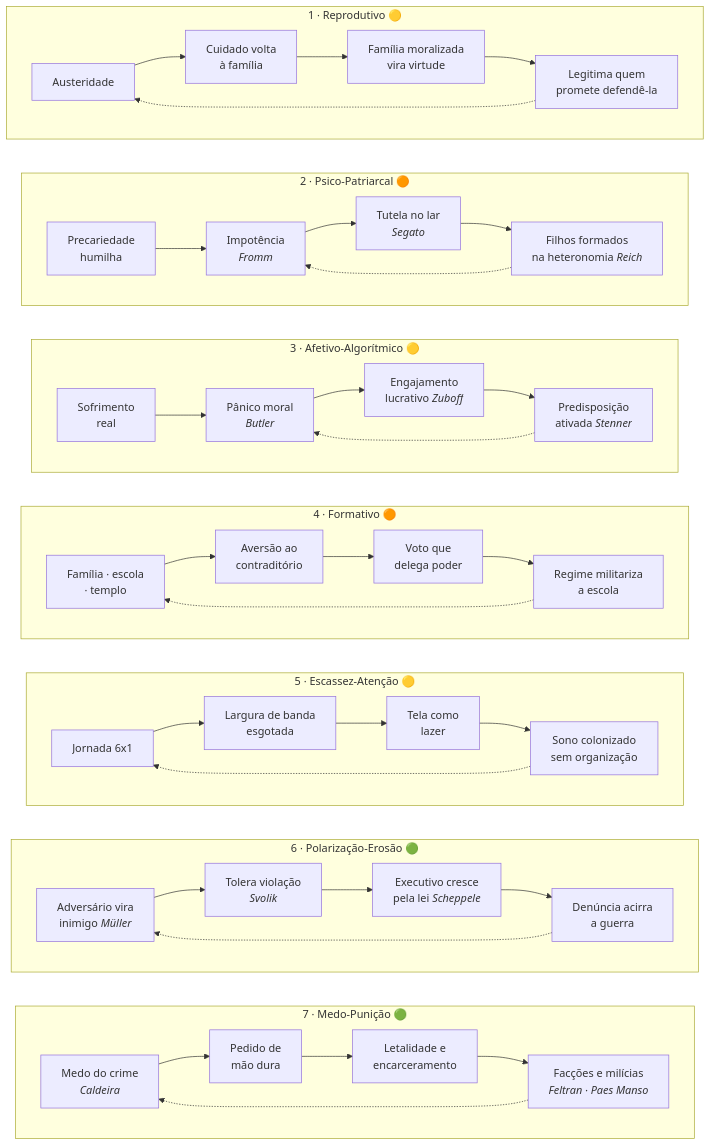
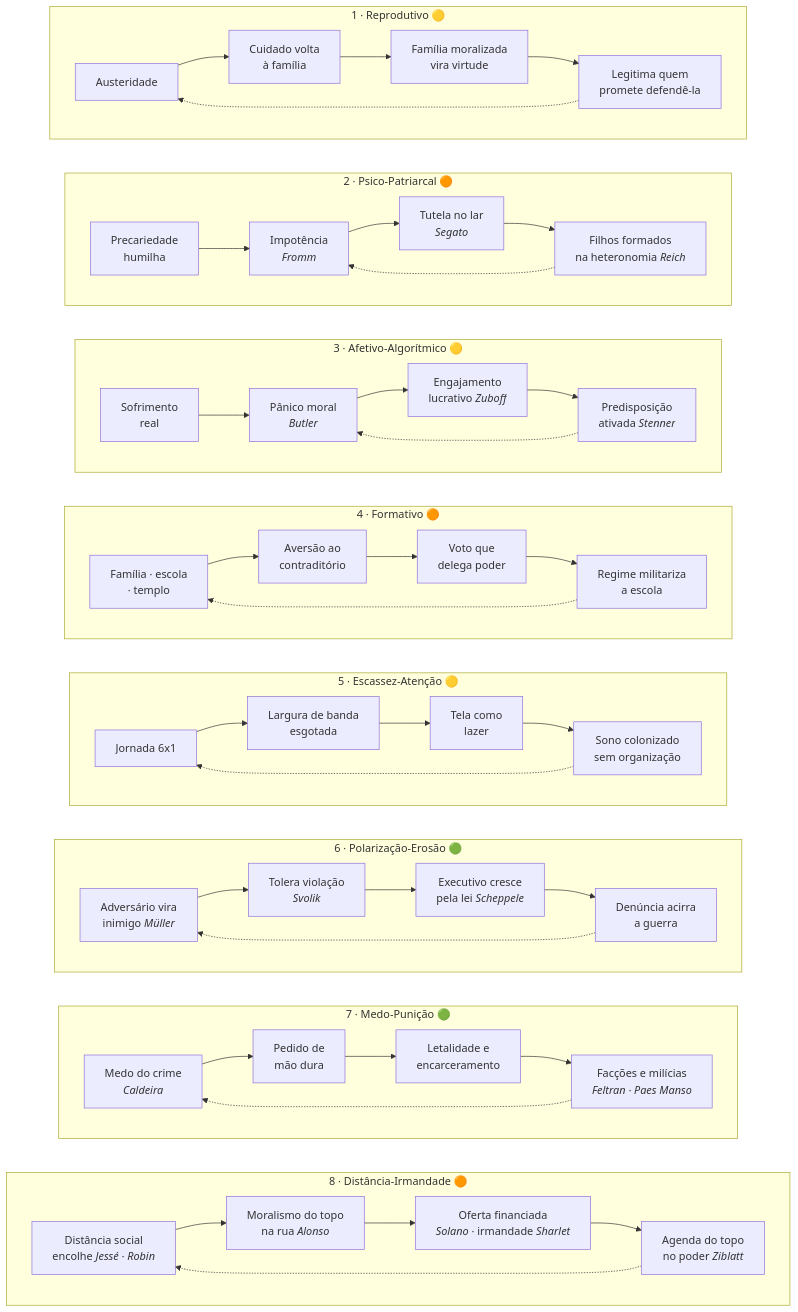
Before and after one commit to coelhotv/autocracia-sec-xxi-web: the second of 2 diagrams in content/matriz-teorica-autocracia-tecnologia-exaustao-cognitiva.md, drawn with Mermaid. The commit also changed other lines of this file and 17 other files, not shown here.

````diff
--- a/content/matriz-teorica-autocracia-tecnologia-exaustao-cognitiva.md
+++ b/content/matriz-teorica-autocracia-tecnologia-exaustao-cognitiva.md
@@ -645,40 +729,45 @@
 ```mermaid
 %%{init: {"flowchart": {"wrappingWidth": 480}}}%%
 flowchart TB
     subgraph C1["1 · Reprodutivo 🟡"]
         direction LR
         c1a["Austeridade"] --> c1b["Cuidado volta<br>à família"] --> c1c["Família moralizada<br>vira virtude"] --> c1d["Legitima quem<br>promete defendê-la"]
         c1d -.-> c1a
     end
     subgraph C2["2 · Psico-Patriarcal 🟠"]
         direction LR
         c2a["Precariedade<br>humilha"] --> c2b["Impotência<br><i>Fromm</i>"] --> c2c["Tutela no lar<br><i>Segato</i>"] --> c2d["Filhos formados<br>na heteronomia <i>Reich</i>"]
         c2d -.-> c2b
     end
     subgraph C3["3 · Afetivo-Algorítmico 🟡"]
         direction LR
         c3a["Sofrimento<br>real"] --> c3b["Pânico moral<br><i>Butler</i>"] --> c3c["Engajamento<br>lucrativo <i>Zuboff</i>"] --> c3d["Predisposição<br>ativada <i>Stenner</i>"]
         c3d -.-> c3b
     end
     subgraph C4["4 · Formativo 🟠"]
         direction LR
         c4a["Família · escola<br>· templo"] --> c4b["Aversão ao<br>contraditório"] --> c4c["Voto que<br>delega poder"] --> c4d["Regime militariza<br>a escola"]
         c4d -.-> c4a
     end
     subgraph C5["5 · Escassez-Atenção 🟡"]
         direction LR
         c5a["Jornada 6x1"] --> c5b["Largura de banda<br>esgotada"] --> c5c["Tela como<br>lazer"] --> c5d["Sono colonizado<br>sem organização"]
         c5d -.-> c5a
     end
     subgraph C6["6 · Polarização-Erosão 🟢"]
         direction LR
         c6a["Adversário vira<br>inimigo <i>Müller</i>"] --> c6b["Tolera violação<br><i>Svolik</i>"] --> c6c["Executivo cresce<br>pela lei <i>Scheppele</i>"] --> c6d["Denúncia acirra<br>a guerra"]
         c6d -.-> c6a
     end
     subgraph C7["7 · Medo-Punição 🟢"]
         direction LR
         c7a["Medo do crime<br><i>Caldeira</i>"] --> c7b["Pedido de<br>mão dura"] --> c7c["Letalidade e<br>encarceramento"] --> c7d["Facções e milícias<br><i>Feltran · Paes Manso</i>"]
         c7d -.-> c7a
     end
-    C1 ~~~ C2 ~~~ C3 ~~~ C4 ~~~ C5 ~~~ C6 ~~~ C7
+    subgraph C8["8 · Distância-Irmandade 🟠"]
+        direction LR
+        c8a["Distância social<br>encolhe <i>Jessé · Robin</i>"] --> c8b["Moralismo do topo<br>na rua <i>Alonso</i>"] --> c8c["Oferta financiada<br><i>Solano</i> · irmandade <i>Sharlet</i>"] --> c8d["Agenda do topo<br>no poder <i>Ziblatt</i>"]
+        c8d -.-> c8a
+    end
+    C1 ~~~ C2 ~~~ C3 ~~~ C4 ~~~ C5 ~~~ C6 ~~~ C7 ~~~ C8
 ```
````
